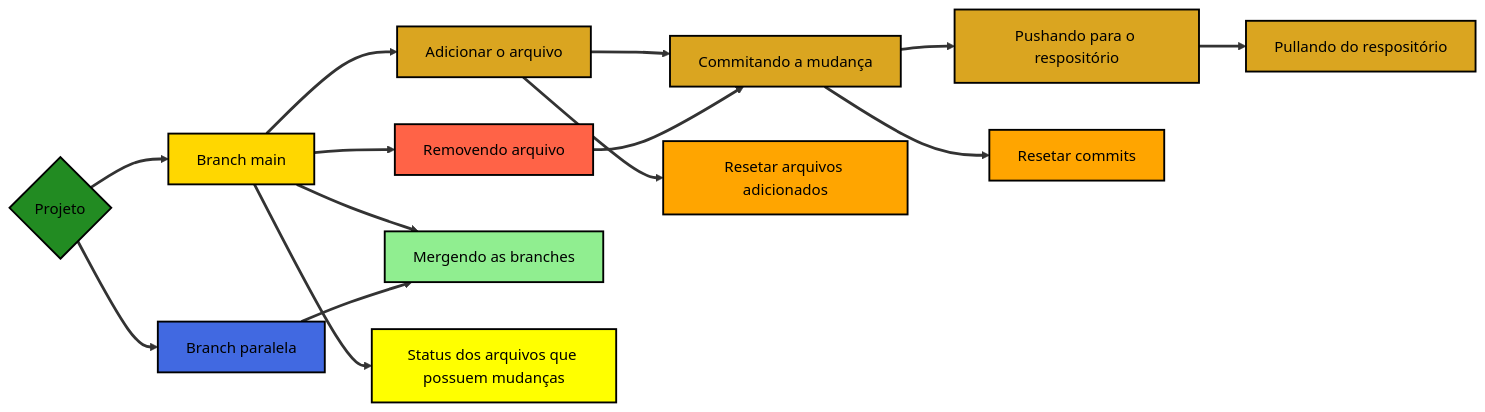
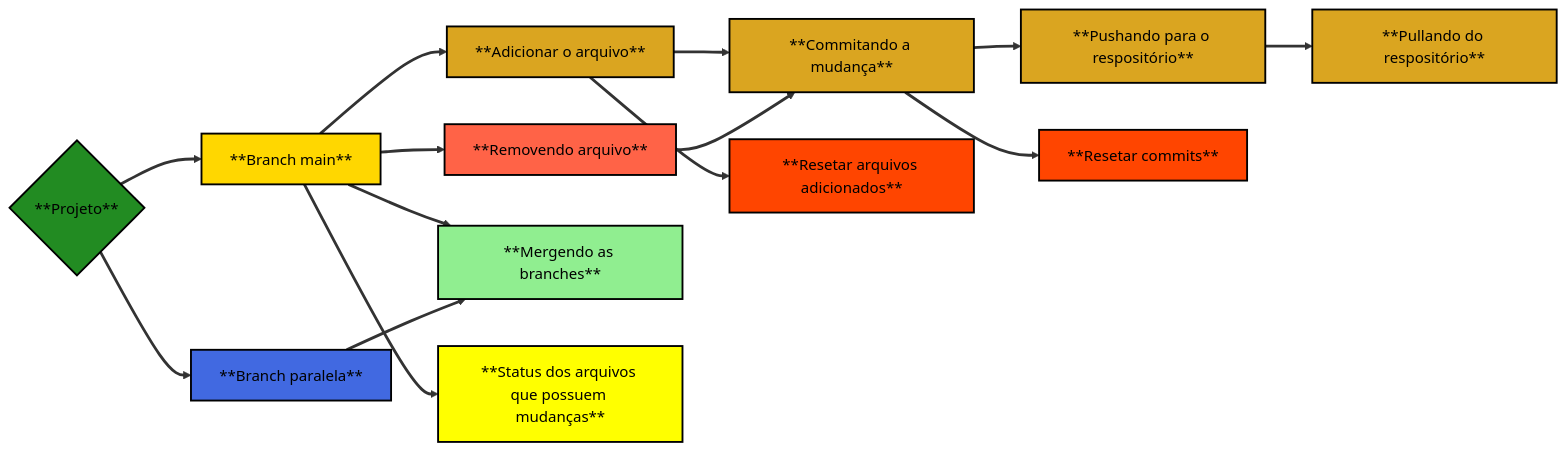
One commit to Edbbioeco/conectar_github_rstudio changed the diagram in README.md. Above: the diagram before and after it, drawn with Mermaid.

````diff
--- a/README.md
+++ b/README.md
@@ -29,29 +29,29 @@
 ``` mermaid
 flowchart LR
-  A{Projeto} --> B[Branch main] 
-  A --> C[Branch paralela]
-  B --> D[Adicionar o arquivo]
-  D --> E[Commitando a mudança]
-  E --> F[Pushando para o respositório]
-  F --> G[Pullando do respositório]
-  H[Removendo arquivo] --> E
-  D --> I[Resetar arquivos adicionados]
-  E --> J[Resetar commits]
+  A{**Projeto**} --> B[**Branch main**] 
+  A --> C[**Branch paralela**]
+  B --> D[**Adicionar o arquivo**]
+  D --> E[**Commitando a mudança**]
+  E --> F[**Pushando para o respositório**]
+  F --> G[**Pullando do respositório**]
+  H[**Removendo arquivo**] --> E
+  D --> I[**Resetar arquivos adicionados**]
+  E --> J[**Resetar commits**]
   B --> H
-  B --> K[Mergendo as branches]
-  C --> K[Mergendo as branches]
-  B --> L[Status dos arquivos que possuem mudanças]
+  B --> K[**Mergendo as branches**]
+  C --> K[**Mergendo as branches**]
+  B --> L[**Status dos arquivos que possuem mudanças**]
   style A fill:forestgreen, color:black, stroke:black, stroke-width:2px
   style B fill:gold, color:black, stroke:black, stroke-width:2px
   style C fill:royalblue, color:black, stroke:black, stroke-width:2px
   style D fill:goldenrod, color:black, stroke:black, stroke-width:2px
   style E fill:goldenrod, color:black, stroke:black, stroke-width:2px
   style F fill:goldenrod, color:black, stroke:black, stroke-width:2px
   style G fill:goldenrod, color:black, stroke:black, stroke-width:2px
   style H fill:tomato, color:black, stroke:black, stroke-width:2px
-  style I fill:orange, color:black, stroke:black, stroke-width:2px
-  style J fill:orange, color:black, stroke:black, stroke-width:2px
+  style I fill:orangered, color:black, stroke:black, stroke-width:2px
+  style J fill:orangered, color:black, stroke:black, stroke-width:2px
   style K fill:lightgreen, color:black, stroke:black, stroke-width:2px
   style L fill:yellow, color:black, stroke:black, stroke-width:2px
   linkStyle default stroke-width:3px
 ```
````
